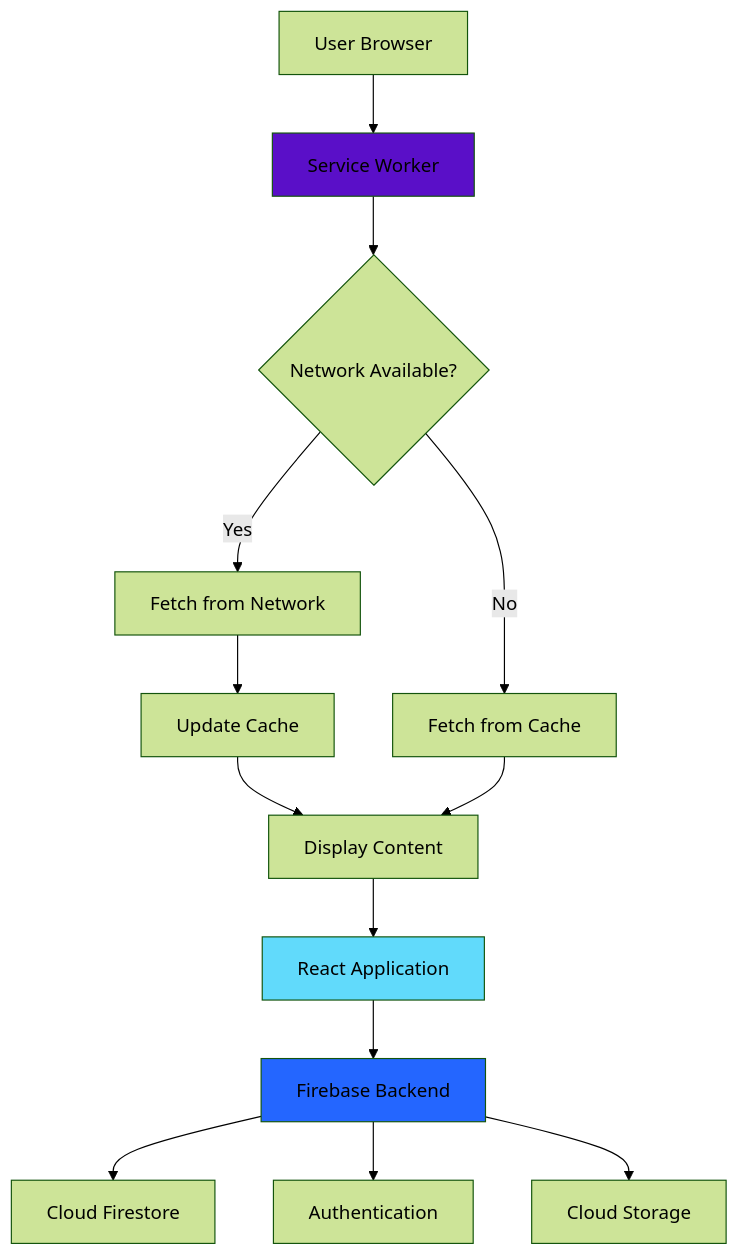
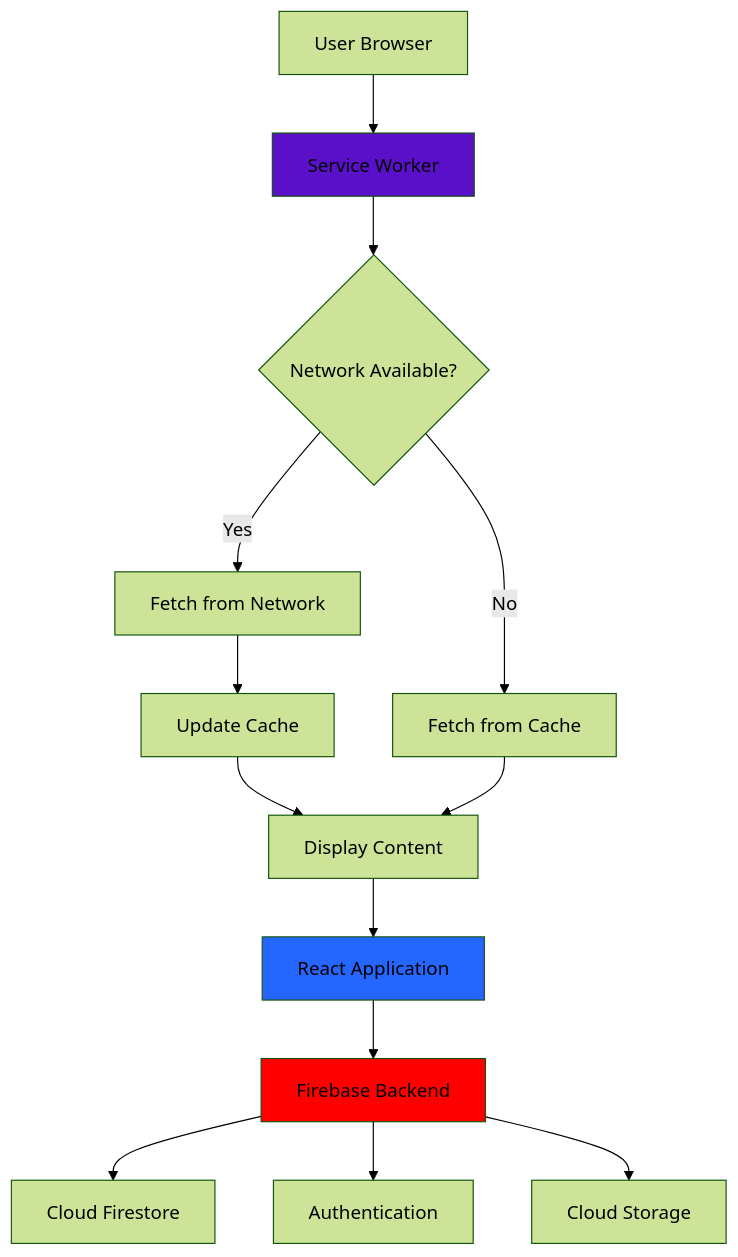
One commit to theubaidistan/memento-2025 changed the diagram in README.md. Above: the diagram before and after it, drawn with Mermaid (forest theme).

Commit message:
fix: Update diagram colors in README for improved clarity

````diff
--- a/README.md
+++ b/README.md
@@ -18,19 +18,19 @@
 ```mermaid
 graph TB
     A[User Browser] --> B[Service Worker]
     B --> C{Network Available?}
     C -->|Yes| D[Fetch from Network]
     C -->|No| E[Fetch from Cache]
     D --> F[Update Cache]
     F --> G[Display Content]
     E --> G
     G --> H[React Application]
     H --> I[Firebase Backend]
     I --> J[Cloud Firestore]
     I --> K[Authentication]
     I --> L[Cloud Storage]
 
     style B fill:#5A0FC8
-    style H fill:#61DAFB
-    style I fill:#2466ff
+    style H fill:#2466ff
+    style I fill:#ff0000
 ```
````
